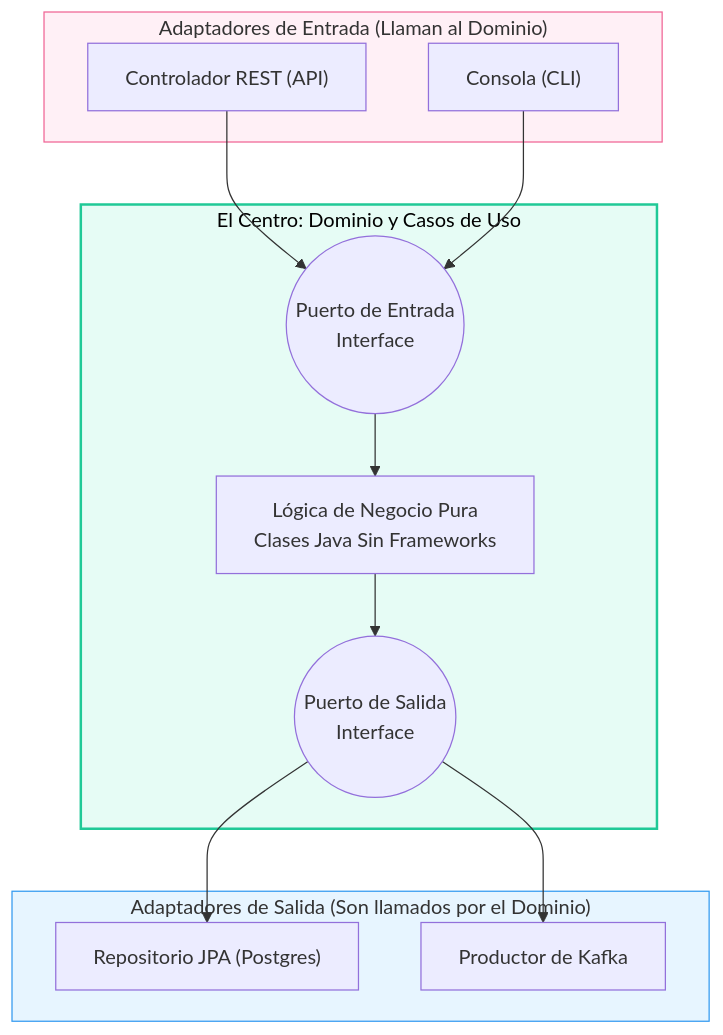
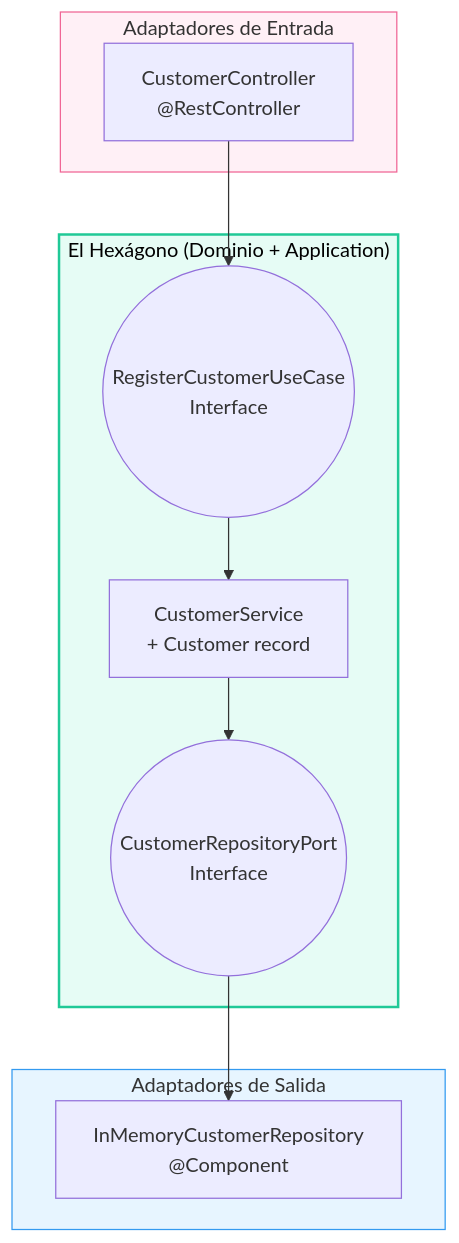
Before and after one commit to edgardo001/spring-v4-mastery-roadmap: the diagram in 38-hexagonal/README.md, drawn with Mermaid. The commit also changed other lines of this file and 55 other files, not shown here.

First line of the commit message:
feat(32,34,38,39): graphql, oauth2, hexagonal, modulith

````diff
--- a/38-hexagonal/README.md
+++ b/38-hexagonal/README.md
@@ -21,29 +21,25 @@
 ```mermaid
 graph TD
-    subgraph INBOUND["Adaptadores de Entrada (Llaman al Dominio)"]
-        REST["Controlador REST (API)"]
-        CLI["Consola (CLI)"]
+    subgraph INBOUND["Adaptadores de Entrada"]
+        REST["CustomerController<br/>@RestController"]
     end
 
-    subgraph HEX["El Centro: Dominio y Casos de Uso"]
-        PU_IN(("Puerto de Entrada<br/>Interface"))
-        DOM["Lógica de Negocio Pura<br/>Clases Java Sin Frameworks"]
-        PU_OUT(("Puerto de Salida<br/>Interface"))
+    subgraph HEX["El Hexágono (Dominio + Application)"]
+        PU_IN(("RegisterCustomerUseCase<br/>Interface"))
+        DOM["CustomerService<br/>+ Customer record"]
+        PU_OUT(("CustomerRepositoryPort<br/>Interface"))
     end
 
-    subgraph OUTBOUND["Adaptadores de Salida (Son llamados por el Dominio)"]
-        DB["Repositorio JPA (Postgres)"]
-        KAFKA["Productor de Kafka"]
+    subgraph OUTBOUND["Adaptadores de Salida"]
+        DB["InMemoryCustomerRepository<br/>@Component"]
     end
 
     REST --> PU_IN
-    CLI --> PU_IN
     PU_IN --> DOM
     DOM --> PU_OUT
     PU_OUT --> DB
-    PU_OUT --> KAFKA
 
     style HEX fill:#e6fcf5,stroke:#20c997,stroke-width:2px,color:#000
     style INBOUND fill:#fff0f6,stroke:#f06595
     style OUTBOUND fill:#e7f5ff,stroke:#339af0
 ```
````
